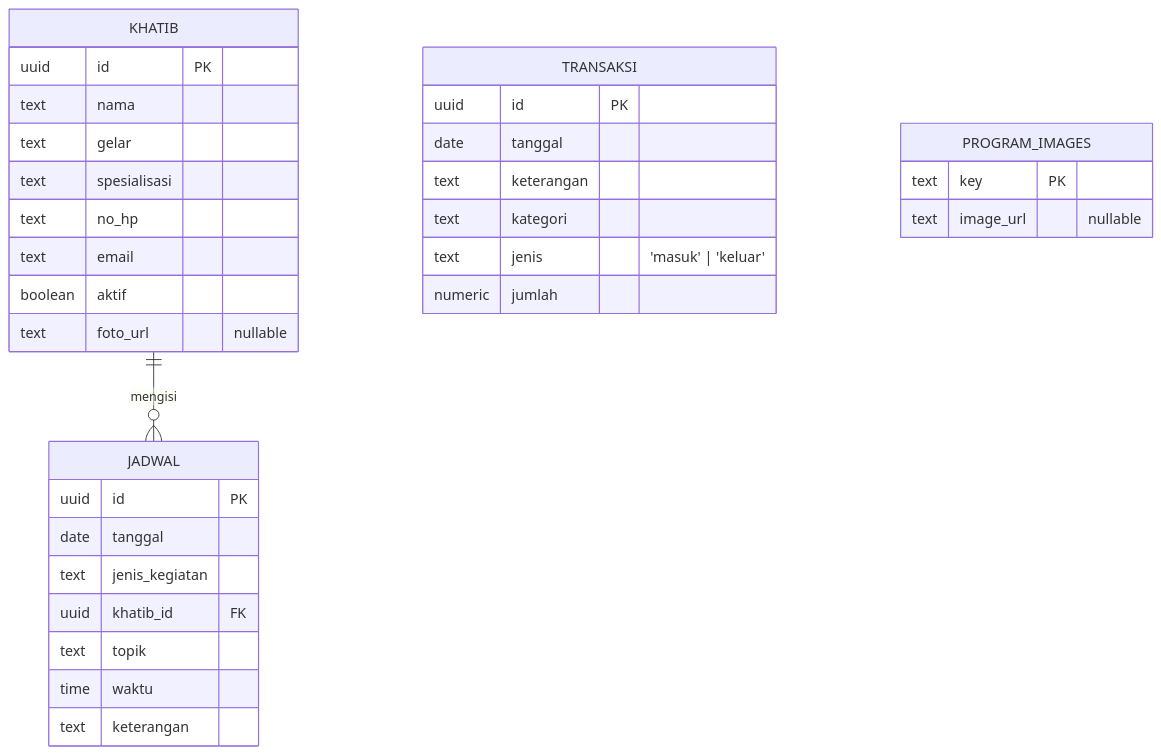
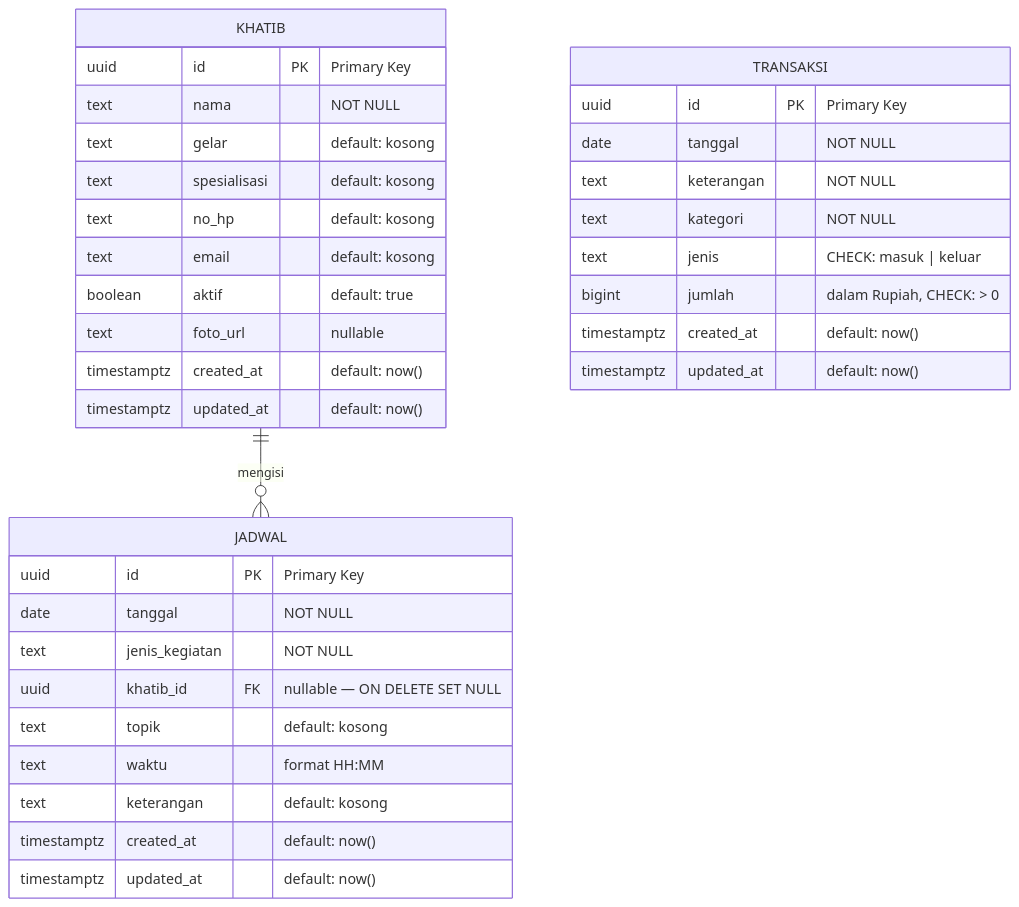
Before and after one commit to nabilhatami86/masjid-al-hidayah: the diagram in ERD.md, drawn with Mermaid. The commit also changed other lines of this file and 2 other files, not shown here.

````diff
--- a/ERD.md
+++ b/ERD.md
@@ -3,39 +9,40 @@
 ```mermaid
 erDiagram
     KHATIB {
-        uuid    id           PK
-        text    nama
-        text    gelar
-        text    spesialisasi
-        text    no_hp
-        text    email
-        boolean aktif
-        text    foto_url     "nullable"
+        uuid        id           PK "Primary Key"
+        text        nama         "NOT NULL"
+        text        gelar        "default: kosong"
+        text        spesialisasi "default: kosong"
+        text        no_hp        "default: kosong"
+        text        email        "default: kosong"
+        boolean     aktif        "default: true"
+        text        foto_url     "nullable"
+        timestamptz created_at   "default: now()"
+        timestamptz updated_at   "default: now()"
     }
 
     JADWAL {
-        uuid id              PK
-        date tanggal
-        text jenis_kegiatan
-        uuid khatib_id       FK
-        text topik
-        time waktu
-        text keterangan
+        uuid        id             PK "Primary Key"
+        date        tanggal        "NOT NULL"
+        text        jenis_kegiatan "NOT NULL"
+        uuid        khatib_id      FK "nullable — ON DELETE SET NULL"
+        text        topik          "default: kosong"
+        text        waktu          "format HH:MM"
+        text        keterangan     "default: kosong"
+        timestamptz created_at     "default: now()"
+        timestamptz updated_at     "default: now()"
     }
 
     TRANSAKSI {
-        uuid    id          PK
-        date    tanggal
-        text    keterangan
-        text    kategori
-        text    jenis       "'masuk' | 'keluar'"
-        numeric jumlah
-    }
-
-    PROGRAM_IMAGES {
-        text key       PK
-        text image_url "nullable"
+        uuid        id          PK "Primary Key"
+        date        tanggal     "NOT NULL"
+        text        keterangan  "NOT NULL"
+        text        kategori    "NOT NULL"
+        text        jenis       "CHECK: masuk | keluar"
+        bigint      jumlah      "dalam Rupiah, CHECK: > 0"
+        timestamptz created_at  "default: now()"
+        timestamptz updated_at  "default: now()"
     }
 
     KHATIB ||--o{ JADWAL : "mengisi"
 ```
````
